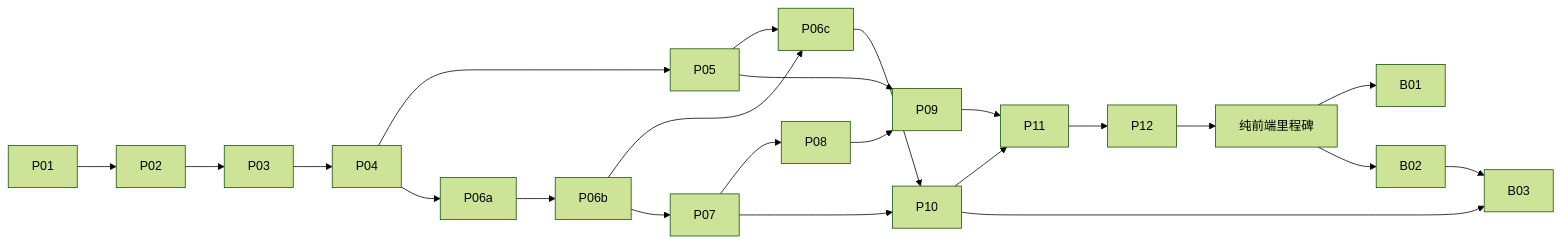
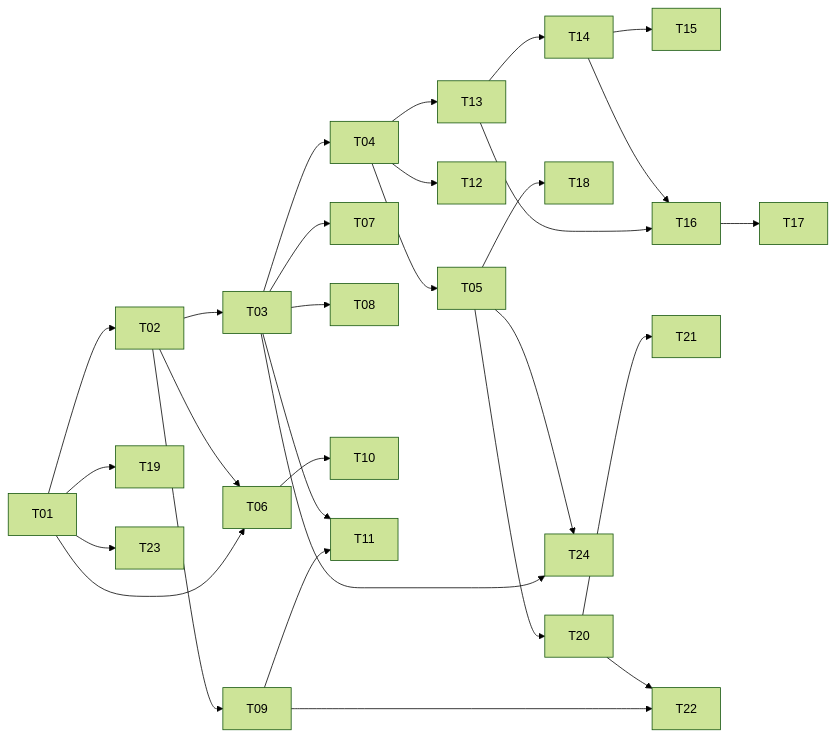
Before and after one commit to wishflow/wishflow-tools: the diagram in apps/gunsnglory/docs/implementation-plan.md, drawn with Mermaid (forest theme). The commit also changed other lines of this file and 8 other files, not shown here.

````diff
--- a/apps/gunsnglory/docs/implementation-plan.md
+++ b/apps/gunsnglory/docs/implementation-plan.md
@@ -58,19 +171,24 @@
 ```mermaid
 flowchart LR
-    P01 --> P02 --> P03 --> P04
-    P04 --> P05
-    P04 --> P06a --> P06b --> P06c
-    P05 --> P06c
-    P06b --> P07 --> P08 --> P09
-    P05 --> P09
-    P06c --> P10
-    P07 --> P10
-    P09 --> P11
-    P10 --> P11
-    P11 --> P12
-    P12 --> M1[纯前端里程碑]
-    M1 --> B01
-    M1 --> B02
-    B02 --> B03
-    P10 --> B03
+    T01 --> T02 --> T03 --> T04 --> T05
+    T01 --> T06
+    T02 --> T06
+    T03 --> T07
+    T03 --> T08
+    T02 --> T09
+    T06 --> T10
+    T09 --> T11
+    T03 --> T11
+    T04 --> T12
+    T04 --> T13 --> T14 --> T15
+    T13 --> T16
+    T14 --> T16 --> T17
+    T05 --> T18
+    T05 --> T20 --> T21
+    T01 --> T19
+    T09 --> T22
+    T20 --> T22
+    T01 --> T23
+    T03 --> T24
+    T05 --> T24
 ```
````
